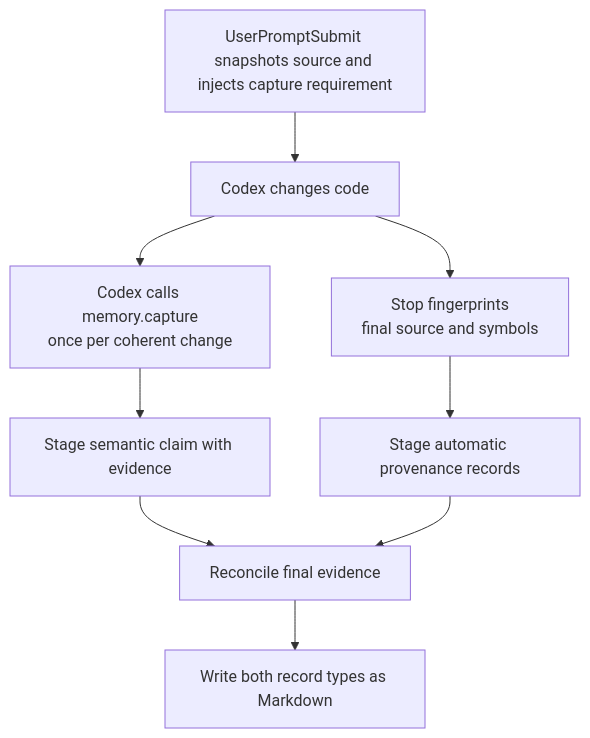
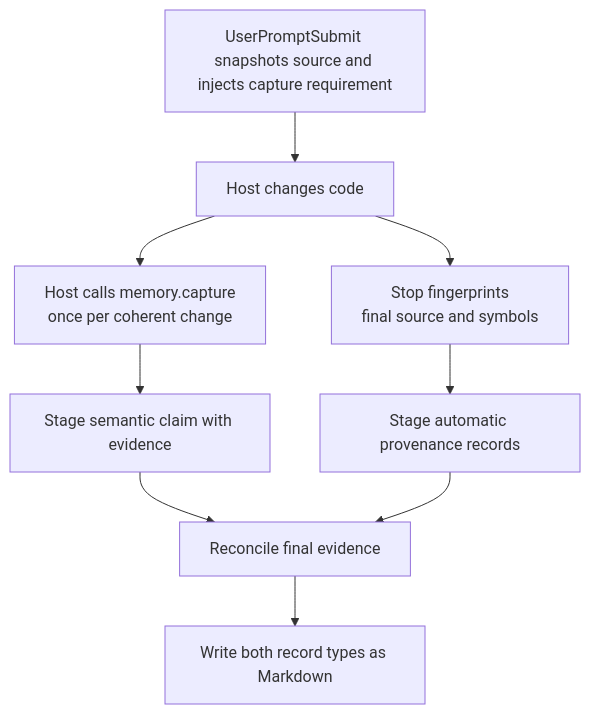
Before and after one commit to fagnermourafeitosa/memory-stale: the second of 2 diagrams in README.md, drawn with Mermaid. The commit also changed other lines of this file and 12 other files, not shown here.

````diff
--- a/README.md
+++ b/README.md
@@ -127,11 +147,11 @@
 ```mermaid
 flowchart TD
-    A[UserPromptSubmit snapshots source and injects capture requirement] --> B[Codex changes code]
-    B --> C["Codex calls memory.capture<br/>once per coherent change"]
+    A[UserPromptSubmit snapshots source and injects capture requirement] --> B[Host changes code]
+    B --> C["Host calls memory.capture<br/>once per coherent change"]
     B --> D["Stop fingerprints<br/>final source and symbols"]
     C --> E[Stage semantic claim with evidence]
     D --> F[Stage automatic provenance records]
     E --> G[Reconcile final evidence]
     F --> G
     G --> H[Write both record types as Markdown]
 ```
````
